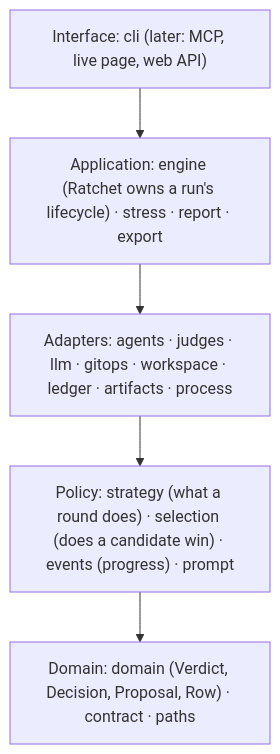
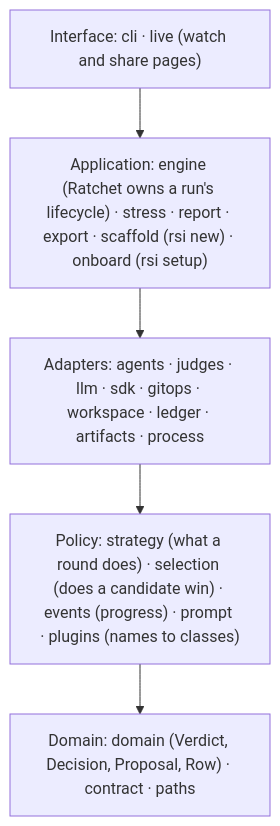
Before and after one commit to 3136321049/rsi-anything: the second of 2 diagrams in docs/PLAN.md, drawn with Mermaid. The commit also changed other lines of this file and 21 other files, not shown here.

First line of the commit message:
上手命令、角色与插件：rsi new、rsi setup、roles、插件名册

````diff
--- a/docs/PLAN.md
+++ b/docs/PLAN.md
@@ -40,8 +40,8 @@
 ```mermaid
 flowchart TB
-  I["Interface: cli (later: MCP, live page, web API)"] --> A
-  A["Application: engine (Ratchet owns a run's lifecycle) · stress · report · export"] --> X
-  X["Adapters: agents · judges · llm · gitops · workspace · ledger · artifacts · process"] --> P
-  P["Policy: strategy (what a round does) · selection (does a candidate win) · events (progress) · prompt"] --> D
+  I["Interface: cli · live (watch and share pages)"] --> A
+  A["Application: engine (Ratchet owns a run's lifecycle) · stress · report · export · scaffold (rsi new) · onboard (rsi setup)"] --> X
+  X["Adapters: agents · judges · llm · sdk · gitops · workspace · ledger · artifacts · process"] --> P
+  P["Policy: strategy (what a round does) · selection (does a candidate win) · events (progress) · prompt · plugins (names to classes)"] --> D
   D["Domain: domain (Verdict, Decision, Proposal, Row) · contract · paths"]
 ```
````
